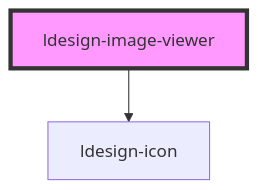
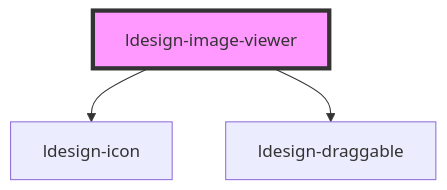
The diagram in packages/webcomponent/src/components/image-viewer/readme.md (poly1603/ldesign), drawn with Mermaid before and after one commit. The commit also changed other lines of this file and 44 other files, not shown here.

````diff
--- a/packages/webcomponent/src/components/image-viewer/readme.md
+++ b/packages/webcomponent/src/components/image-viewer/readme.md
@@ -61,5 +62,6 @@
 ```mermaid
 graph TD;
   ldesign-image-viewer --> ldesign-icon
+  ldesign-image-viewer --> ldesign-draggable
   style ldesign-image-viewer fill:#f9f,stroke:#333,stroke-width:4px
 ```
````
